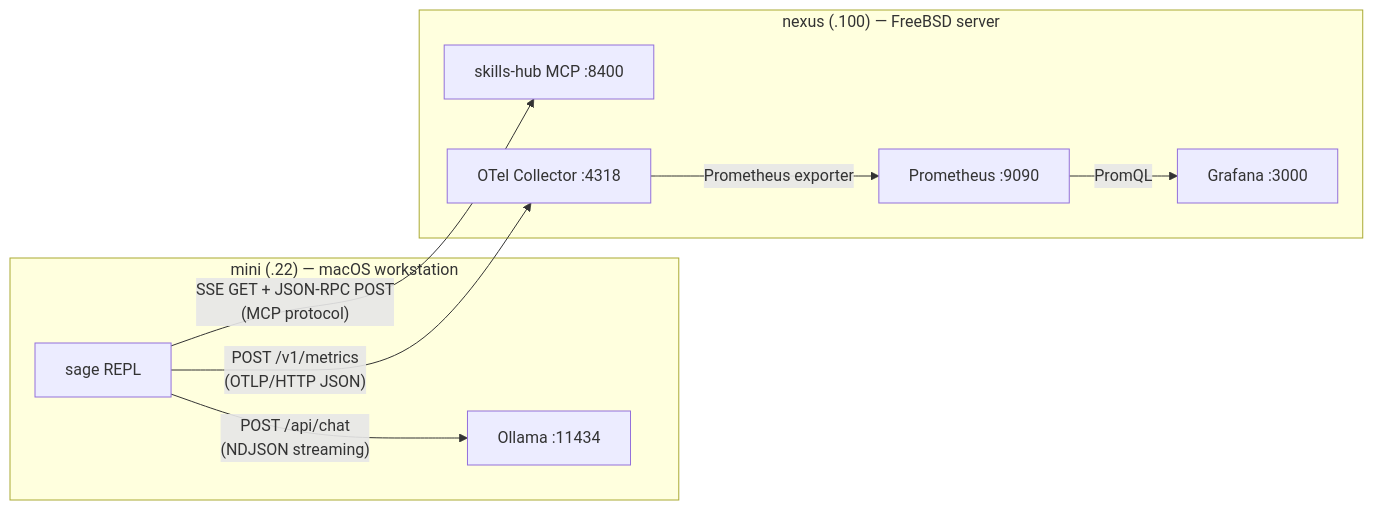
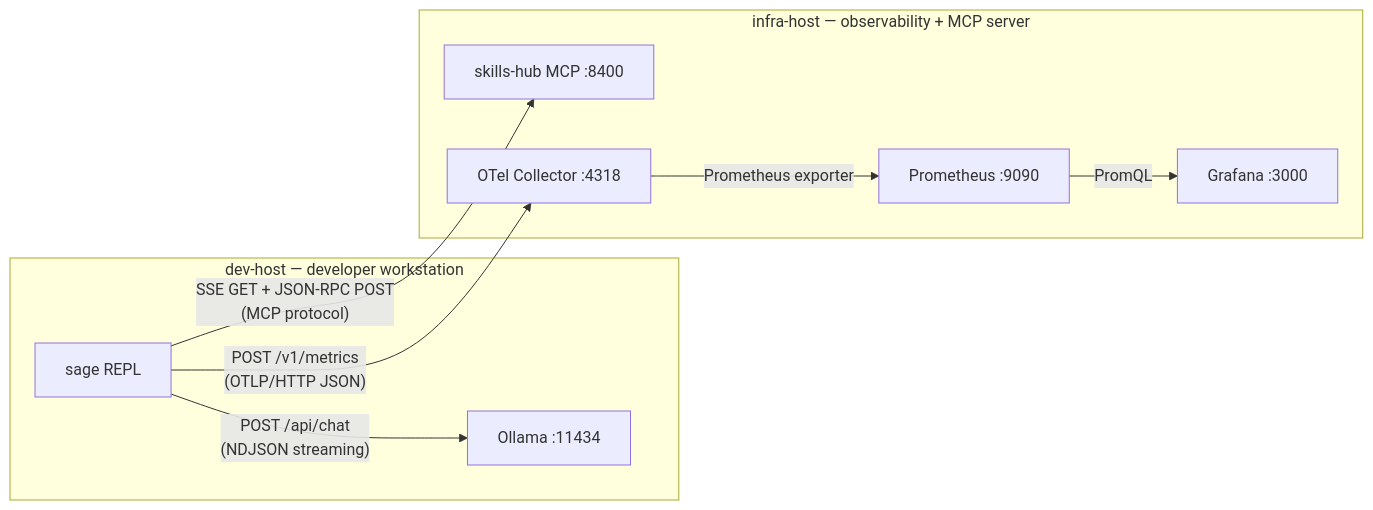
Before and after one commit to dsp-dr/guile-sage: the third of 5 diagrams in docs/ARCHITECTURE.org, drawn with Mermaid. The commit also changed other lines of this file and 16 other files, not shown here.

```diff
--- a/docs/ARCHITECTURE.org
+++ b/docs/ARCHITECTURE.org
@@ -155,20 +155,20 @@
 #+BEGIN_SRC mermaid
 flowchart LR
-    subgraph mini["mini (.22) — macOS workstation"]
+    subgraph dev["dev-host — developer workstation"]
         sage["sage REPL"]
         ollama_local["Ollama :11434"]
     end
 
-    subgraph nexus["nexus (.100) — FreeBSD server"]
+    subgraph infra["infra-host — observability + MCP server"]
         skills["skills-hub MCP :8400"]
         otel["OTel Collector :4318"]
         prom["Prometheus :9090"]
         graf["Grafana :3000"]
     end
 
     sage -- "POST /api/chat\n(NDJSON streaming)" --> ollama_local
     sage -- "SSE GET + JSON-RPC POST\n(MCP protocol)" --> skills
     sage -- "POST /v1/metrics\n(OTLP/HTTP JSON)" --> otel
     otel -- "Prometheus exporter" --> prom
     prom -- "PromQL" --> graf
 #+END_SRC
```
